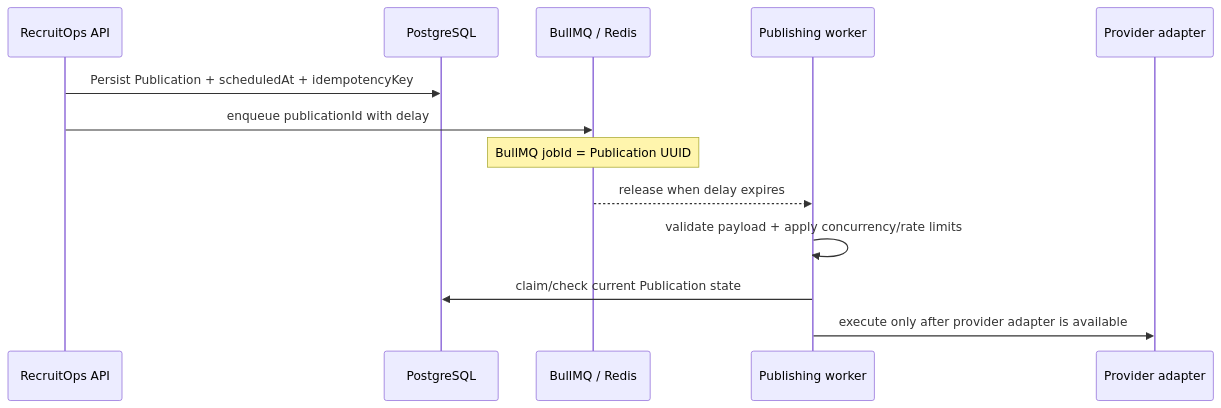
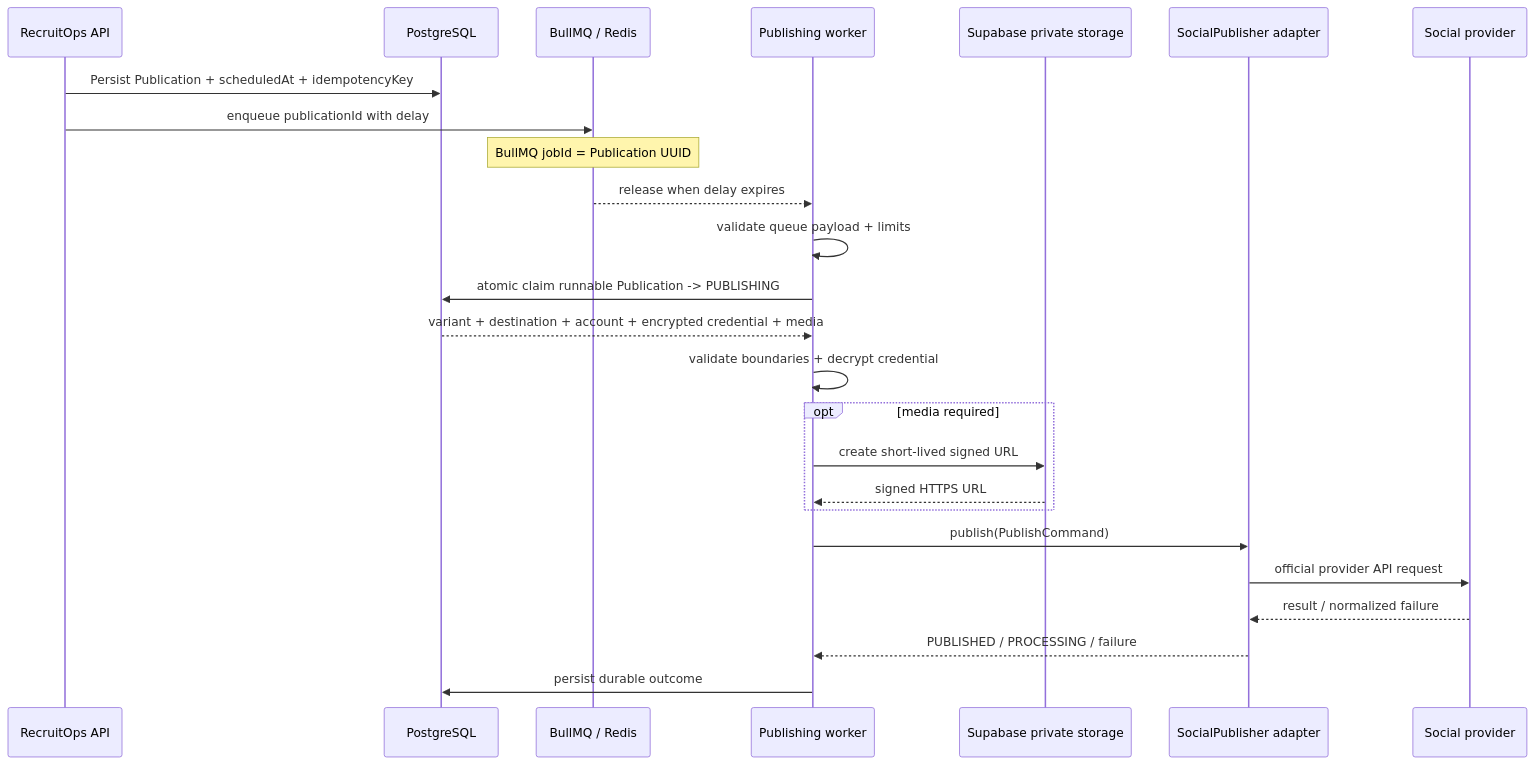
One commit to vitoo16/recruitops-platform changed the diagram in docs/architecture/publication-scheduling.md. Above: the diagram before and after it, drawn with Mermaid. The commit also changed other lines of this file, not shown here.

Commit message:
docs: document durable publication execution

````diff
--- a/docs/architecture/publication-scheduling.md
+++ b/docs/architecture/publication-scheduling.md
@@ -9,16 +9,28 @@
 ```mermaid
 sequenceDiagram
     participant API as RecruitOps API
     participant DB as PostgreSQL
     participant Queue as BullMQ / Redis
     participant Worker as Publishing worker
-    participant Adapter as Provider adapter
+    participant Storage as Supabase private storage
+    participant Adapter as SocialPublisher adapter
+    participant Provider as Social provider
 
     API->>DB: Persist Publication + scheduledAt + idempotencyKey
     API->>Queue: enqueue publicationId with delay
     Note over Queue: BullMQ jobId = Publication UUID
     Queue-->>Worker: release when delay expires
-    Worker->>Worker: validate payload + apply concurrency/rate limits
-    Worker->>DB: claim/check current Publication state
-    Worker->>Adapter: execute only after provider adapter is available
+    Worker->>Worker: validate queue payload + limits
+    Worker->>DB: atomic claim runnable Publication -> PUBLISHING
+    DB-->>Worker: variant + destination + account + encrypted credential + media
+    Worker->>Worker: validate boundaries + decrypt credential
+    opt media required
+        Worker->>Storage: create short-lived signed URL
+        Storage-->>Worker: signed HTTPS URL
+    end
+    Worker->>Adapter: publish(PublishCommand)
+    Adapter->>Provider: official provider API request
+    Provider-->>Adapter: result / normalized failure
+    Adapter-->>Worker: PUBLISHED / PROCESSING / failure
+    Worker->>DB: persist durable outcome
 ```
````
